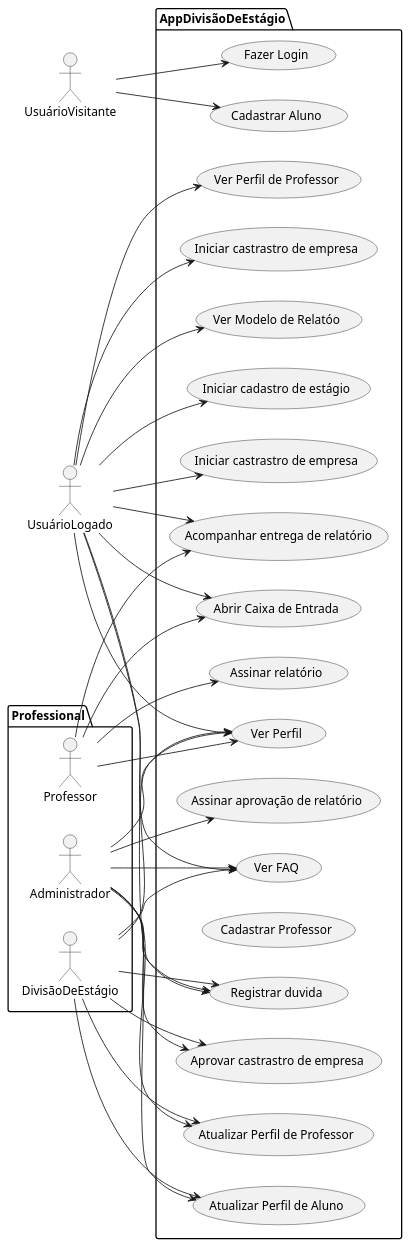
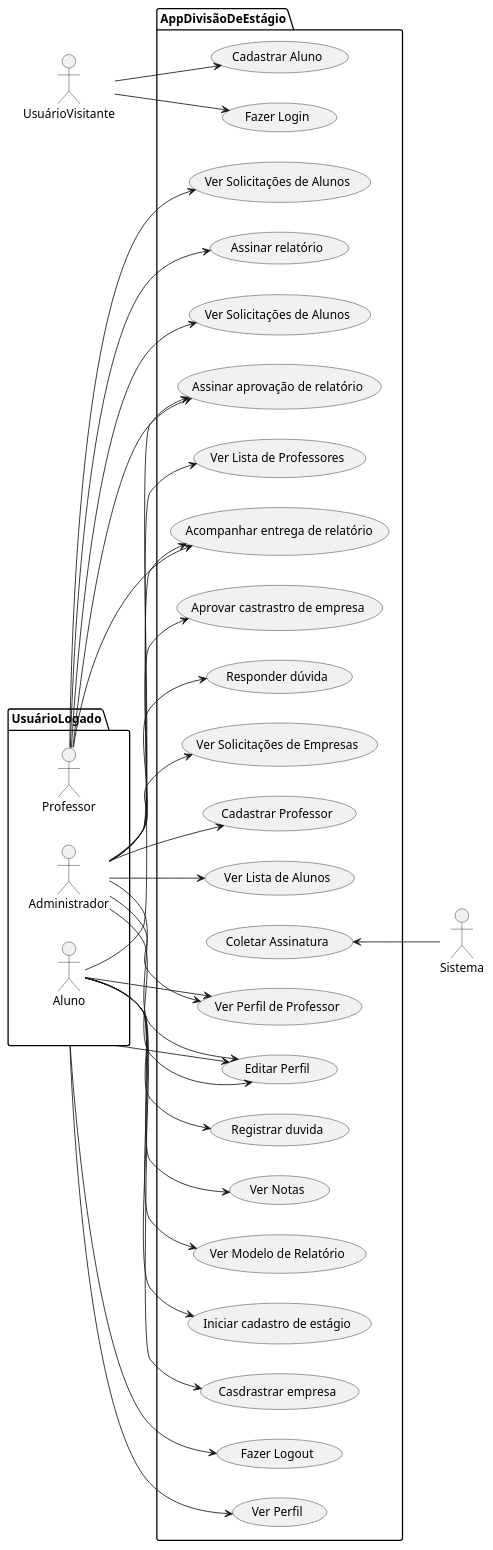
One commit to cabare-do-mel/divestagio_poli changed the diagram in Casos de Uso/UseCases.plantuml. Above: the diagram before and after it, drawn with PlantUML.

Commit message:
Atualização dos casos de uso e atores

```diff
--- a/Casos de Uso/UseCases.plantuml
+++ b/Casos de Uso/UseCases.plantuml
@@ -1,65 +1,75 @@
 @startuml
 left to right direction
 actor UsuárioVisitante as uv
-actor UsuárioLogado as ul
-package Professional {
+actor Sistema as sys
+package UsuárioLogado as ul{
   actor Professor as p
-  actor Administrador as a
-  actor DivisãoDeEstágio as de
+  actor Administrador as adm
+  actor Aluno as al
 }
 package AppDivisãoDeEstágio {
   usecase "Ver Perfil" as UC1
-  usecase "Abrir Caixa de Entrada" as UC2
-  usecase "Ver Modelo de Relatóo" as UC3
+
+  usecase "Ver Modelo de Relatório" as UC3
   usecase "Iniciar cadastro de estágio" as UC4
-  usecase "Iniciar castrastro de empresa" as UC5
+  usecase "Casdrastrar empresa" as UC5
   usecase "Ver Perfil de Professor" as UC6
   usecase "Acompanhar entrega de relatório" as UC7
   usecase "Assinar relatório" as UC8
-  usecase "Iniciar castrastro de empresa" as UC9
-  usecase "Aprovar castrastro de empresa" as UC10
-  usecase "Ver FAQ" as UC11
-  usecase "Registrar duvida" as UC12
-  usecase "Responder dúvida" as UC13
+  usecase "Aprovar castrastro de empresa" as UC9
+
+  usecase "Registrar duvida" as UC11
+  usecase "Responder dúvida" as UC12
   usecase "Assinar aprovação de relatório" as UC13
   usecase "Cadastrar Professor" as UC14
-  usecase "Atualizar Perfil de Aluno" as UC15
-  usecase "Atualizar Perfil de Professor" as UC16
+  usecase "Editar Perfil" as UC15
+  usecase "Coletar Assinatura" as UC16
   usecase "Fazer Login" as UC17
   usecase "Cadastrar Aluno" as UC18
+  usecase "Ver Solicitações de Empresas" as UC19
+  usecase "Ver Solicitações de Alunos" as UC20
+  usecase "Ver Lista de Professores" as UC21
+  usecase "Ver Lista de Alunos" as UC22
+  usecase "Ver Solicitações de Alunos" as UC23
+  usecase "Fazer Logout" as UC24
+  usecase "Ver Notas" as UC25
 }
+
+UC16 <-- sys
+
+
+adm --> UC6
+adm --> UC9
+
+adm --> UC12
+adm --> UC13
+adm --> UC14
+adm --> UC15
+adm --> UC15
+adm --> UC19
+adm --> UC21
+adm --> UC22
+
+
+p --> UC7
+p --> UC8
+p --> UC13
+p --> UC20
+p --> UC23
+
+al --> UC3
+al --> UC4
+al --> UC5
+al --> UC6
+al --> UC7
+
+al --> UC11
+al --> UC25
 
 uv --> UC17
 uv --> UC18
 
 ul --> UC1
-ul --> UC2
-ul --> UC3
-ul --> UC4
-ul --> UC5
-ul --> UC6
-ul --> UC7
-ul --> UC9
-ul --> UC11
-ul --> UC12
-
-p --> UC1
-p --> UC2
-p --> UC7
-p --> UC8
-
-de --> UC1
-de --> UC10
-de --> UC11
-de --> UC12
-de --> UC15
-de --> UC16
-
-a --> UC1
-a --> UC10
-a --> UC11
-a --> UC12
-a --> UC13
-a --> UC15
-a --> UC16
+ul --> UC15
+ul --> UC24
 @enduml
```
